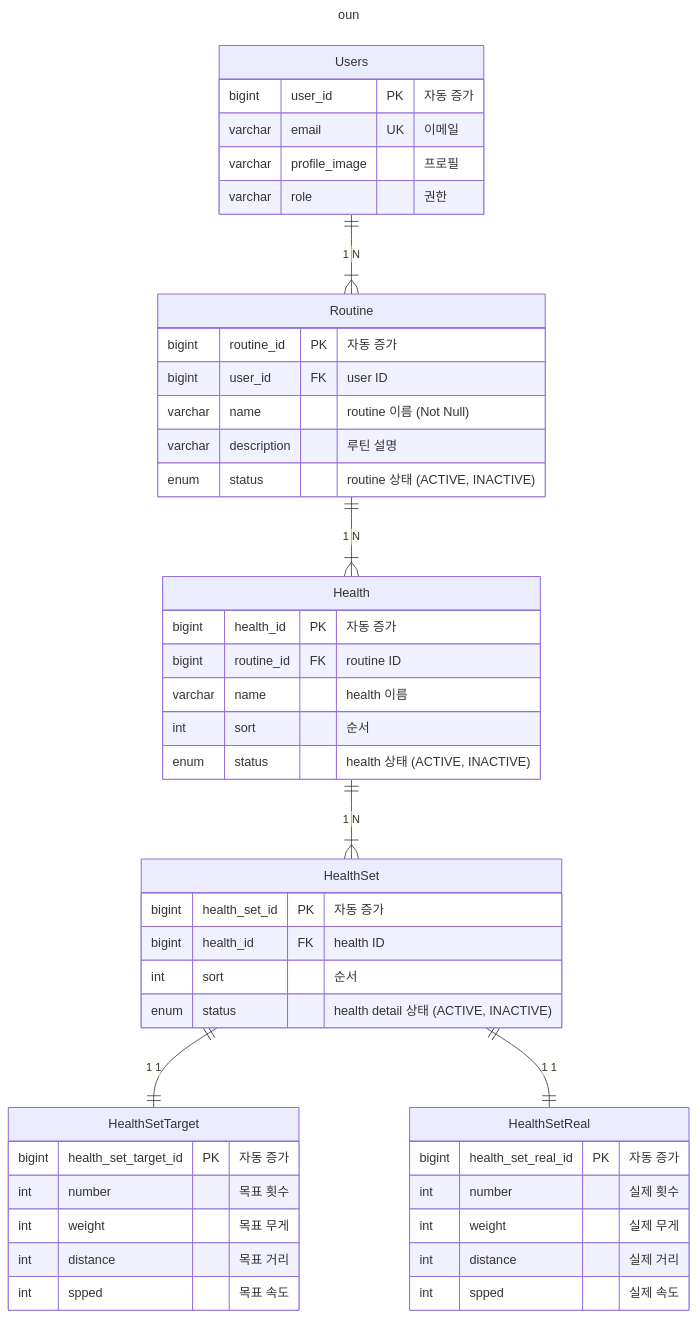
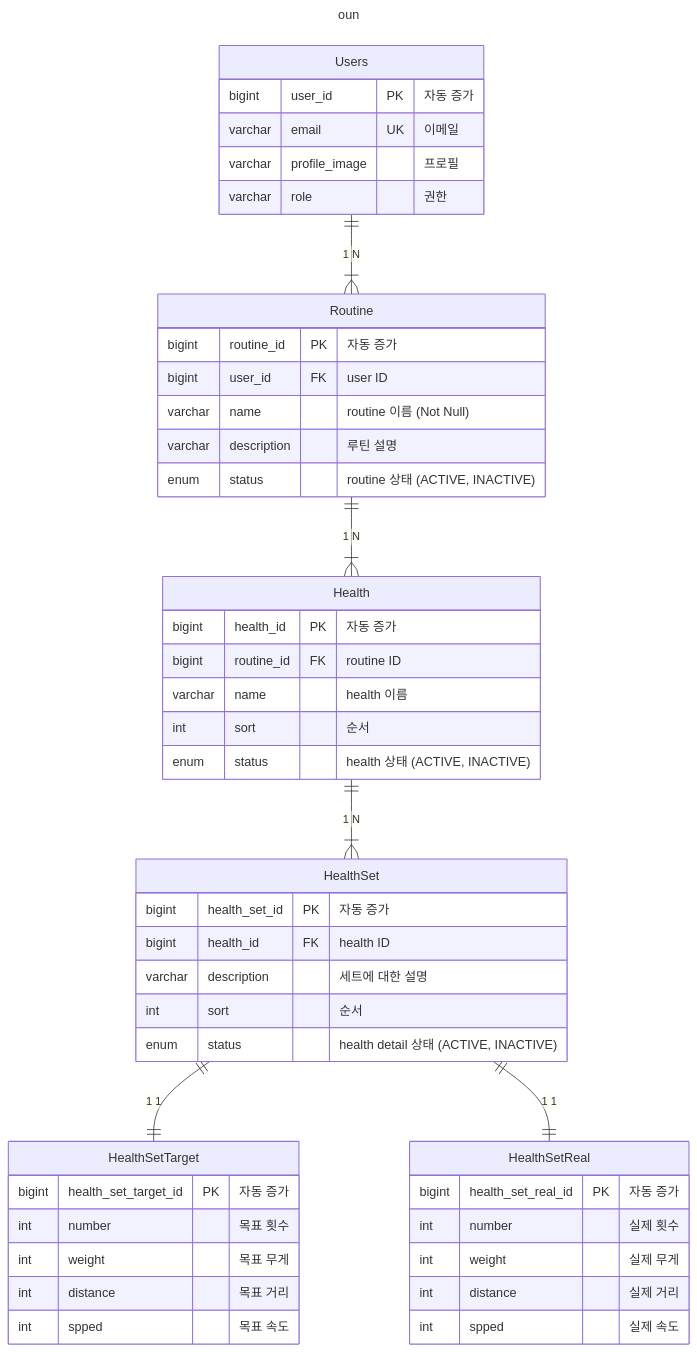
The diagram in README.md (juno-choi/simol), drawn with Mermaid before and after one commit. The commit also changed 8 other files, not shown here.

````diff
--- a/README.md
+++ b/README.md
@@ -20,59 +20,60 @@
 ```mermaid
 ---
 title: oun
 ---
 
 erDiagram
 
     Users {
         bigint user_id PK "자동 증가"
         varchar email UK "이메일"
         varchar profile_image "프로필"
         varchar role "권한"
     }
     
     Routine {
         bigint routine_id PK "자동 증가"
         bigint user_id FK "user ID"
         varchar name "routine 이름 (Not Null)"
         varchar description "루틴 설명"
         enum status "routine 상태 (ACTIVE, INACTIVE)"
     }
     
     Health {
         bigint health_id PK "자동 증가"
         bigint routine_id FK "routine ID"
         varchar name "health 이름"
         int sort "순서"
         enum status "health 상태 (ACTIVE, INACTIVE)"
     }
 
     HealthSet {
         bigint health_set_id PK "자동 증가"
         bigint health_id FK "health ID"
+        varchar description "세트에 대한 설명"
         int sort "순서"
         enum status "health detail 상태 (ACTIVE, INACTIVE)"
     }
 
     HealthSetTarget {
         bigint health_set_target_id PK "자동 증가"
         int number "목표 횟수"
         int weight "목표 무게"
         int distance "목표 거리"
         int spped "목표 속도"
     }
 
     HealthSetReal {
         bigint health_set_real_id PK "자동 증가"
         int number "실제 횟수"
         int weight "실제 무게"
         int distance "실제 거리"
         int spped "실제 속도"
     }
     
     Users ||--|{ Routine : "1 N"
     Routine ||--|{ Health : "1 N"
     Health ||--|{ HealthSet : "1 N"
     HealthSet ||--|| HealthSetTarget : "1 1"
     HealthSet ||--|| HealthSetReal : "1 1"
 ```
````
